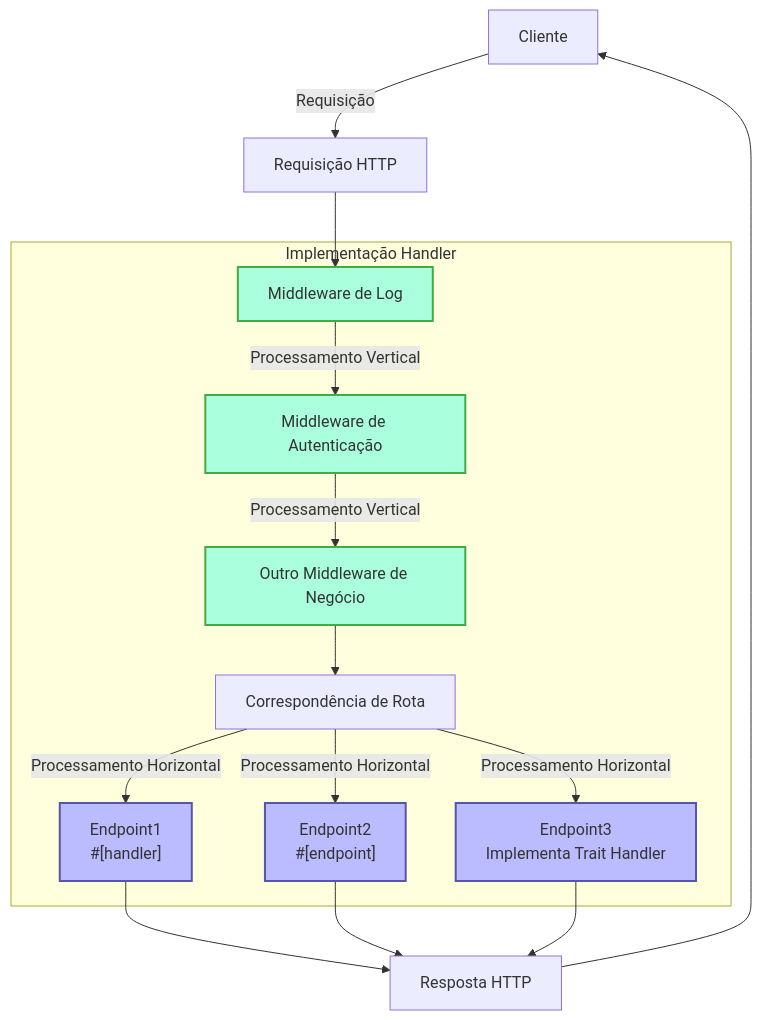
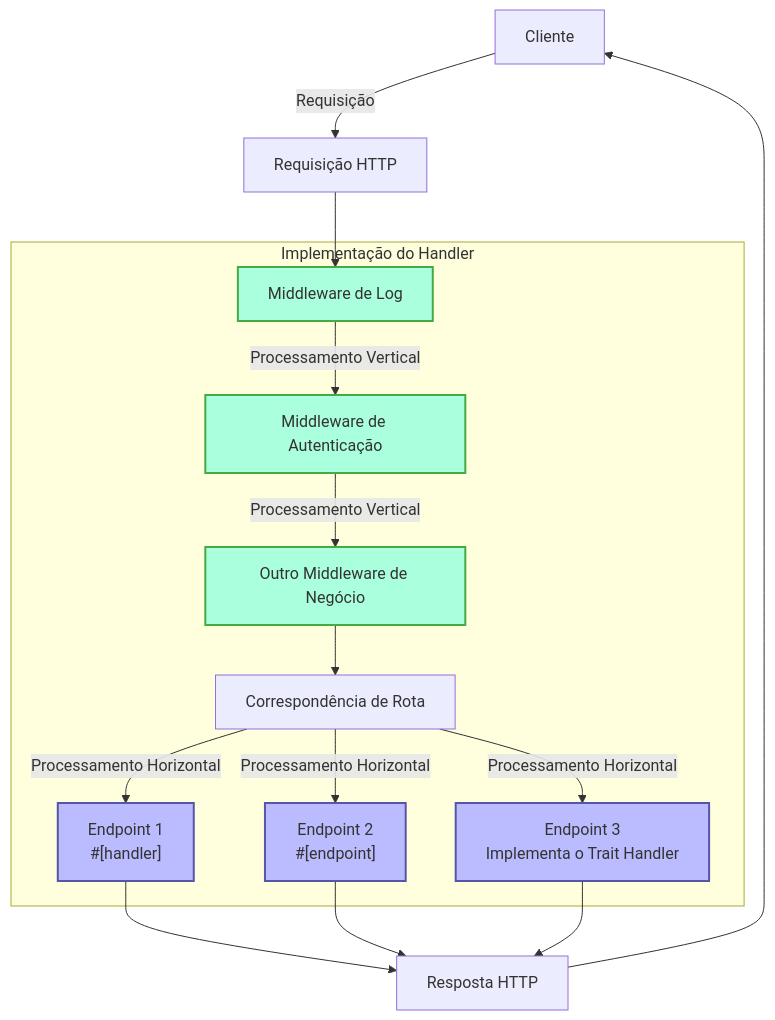
One commit to salvo-rs/website changed the first of 2 diagrams in docs/pt/guide/concepts/handler.mdx. Above: the diagram before and after it, drawn with Mermaid. The commit also changed other lines of this file and 326 other files, not shown here.

````diff
--- a/docs/pt/guide/concepts/handler.mdx
+++ b/docs/pt/guide/concepts/handler.mdx
@@ -15,25 +15,25 @@
 ```mermaid
 flowchart TD
     Client[Cliente] -->|Requisição| Request[Requisição HTTP]
     Request --> M1
 
-    subgraph "Implementação Handler"
+    subgraph "Implementação do Handler"
         M1[Middleware de Log] -->|Processamento Vertical| M2[Middleware de Autenticação] -->|Processamento Vertical| M3[Outro Middleware de Negócio]
         M3 --> Router[Correspondência de Rota]
 
-        Router -->|Processamento Horizontal| E1["Endpoint1<br>#[handler]"]
-        Router -->|Processamento Horizontal| E2["Endpoint2<br>#[endpoint]"]
-        Router -->|Processamento Horizontal| E3["Endpoint3<br>Implementa Trait Handler"]
+        Router -->|Processamento Horizontal| E1["Endpoint 1<br>#[handler]"]
+        Router -->|Processamento Horizontal| E2["Endpoint 2<br>#[endpoint]"]
+        Router -->|Processamento Horizontal| E3["Endpoint 3<br>Implementa o Trait Handler"]
     end
 
     E1 --> Response[Resposta HTTP]
     E2 --> Response
     E3 --> Response
     Response --> Client
 
     classDef middleware fill:#afd,stroke:#4a4,stroke-width:2px;
     classDef endpoint fill:#bbf,stroke:#55a,stroke-width:2px;
 
     class M1,M2,M3 middleware;
     class E1,E2,E3 endpoint;
 ```
````
